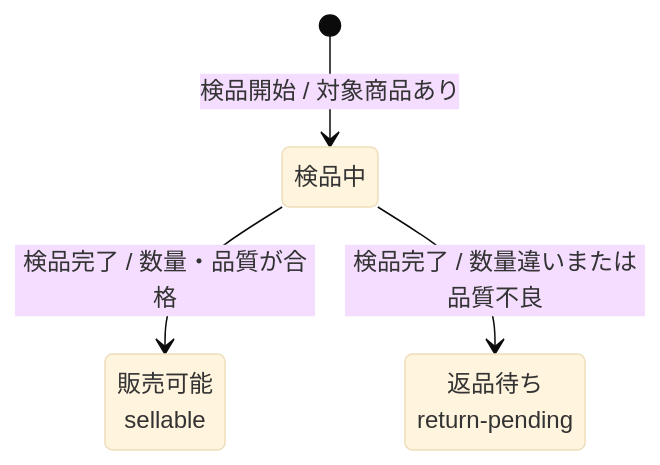
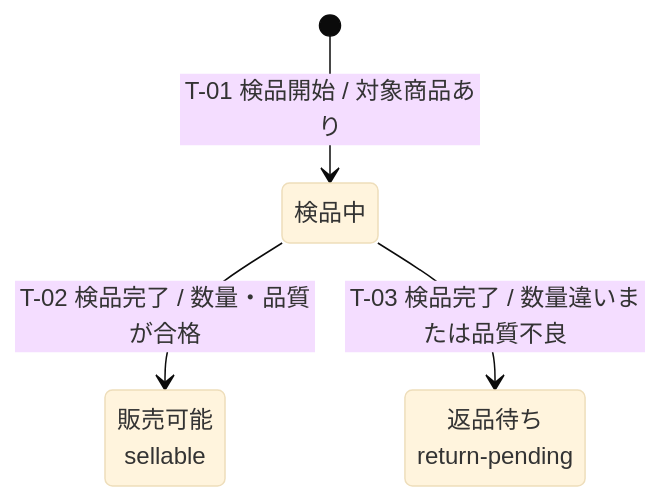
The second of 2 diagrams in docs/ja/specdojo/rulebooks/stsd-mermaid-rulebook.md (specdojo/specdojo), drawn with Mermaid (base theme) before and after one commit. The commit also changed other lines of this file and 5 other files, not shown here.

Commit message:
exec(register PJR-16T7): stsd-mermaid-rulebook の遷移ラベルに遷移 ID を入れる

````diff
--- a/docs/ja/specdojo/rulebooks/stsd-mermaid-rulebook.md
+++ b/docs/ja/specdojo/rulebooks/stsd-mermaid-rulebook.md
@@ -93,9 +94,9 @@
 ```mermaid
 stateDiagram-v2
   state "検品中" as inspecting
   state "販売可能<br>sellable" as sellable
   state "返品待ち<br>return-pending" as return_pending
-  [*] --> inspecting : 検品開始 / 対象商品あり
-  inspecting --> sellable : 検品完了 / 数量・品質が合格
-  inspecting --> return_pending : 検品完了 / 数量違いまたは品質不良
+  [*] --> inspecting : T-01 検品開始 / 対象商品あり
+  inspecting --> sellable : T-02 検品完了 / 数量・品質が合格
+  inspecting --> return_pending : T-03 検品完了 / 数量違いまたは品質不良
 ```
````
